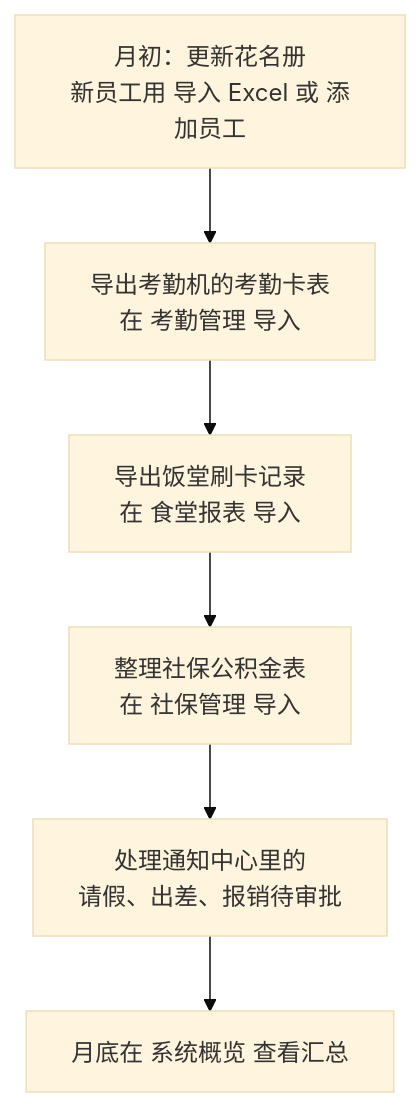
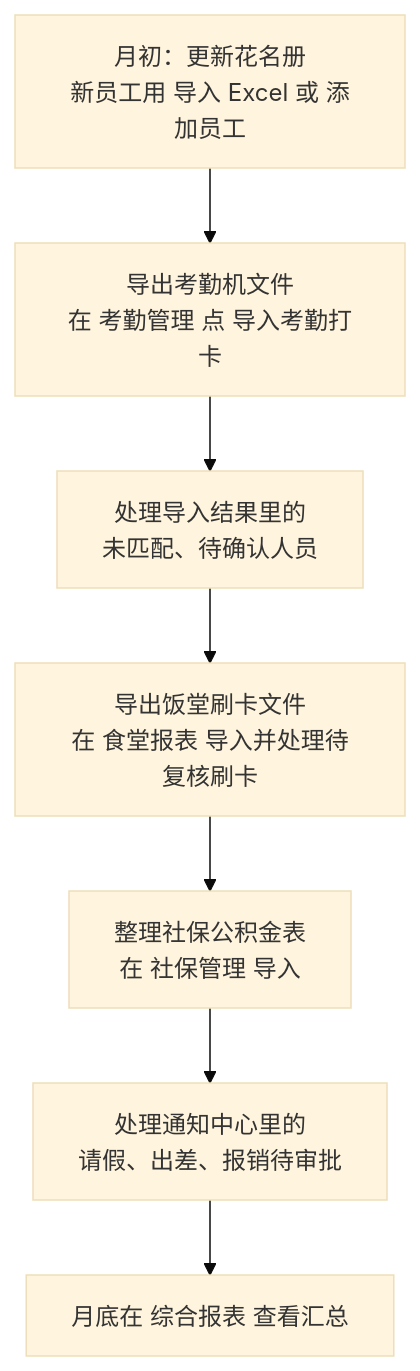
Before and after one commit to YCRenyue/hrsystem: the third of 5 diagrams in docs/user-guide/HR-USER-GUIDE.md, drawn with Mermaid (base theme). The commit also changed other lines of this file and 4 other files, not shown here.

````diff
--- a/docs/user-guide/HR-USER-GUIDE.md
+++ b/docs/user-guide/HR-USER-GUIDE.md
@@ -101,8 +106,9 @@
 ```mermaid
 flowchart TD
-    A[月初：更新花名册<br/>新员工用 导入 Excel 或 添加员工] --> B[导出考勤机的考勤卡表<br/>在 考勤管理 导入]
-    B --> C[导出饭堂刷卡记录<br/>在 食堂报表 导入]
-    C --> D[整理社保公积金表<br/>在 社保管理 导入]
-    D --> E[处理通知中心里的<br/>请假、出差、报销待审批]
-    E --> F[月底在 系统概览 查看汇总]
+    A[月初：更新花名册<br/>新员工用 导入 Excel 或 添加员工] --> B[导出考勤机文件<br/>在 考勤管理 点 导入考勤打卡]
+    B --> C[处理导入结果里的<br/>未匹配、待确认人员]
+    C --> D[导出饭堂刷卡文件<br/>在 食堂报表 导入并处理待复核刷卡]
+    D --> E[整理社保公积金表<br/>在 社保管理 导入]
+    E --> F[处理通知中心里的<br/>请假、出差、报销待审批]
+    F --> G[月底在 综合报表 查看汇总]
 ```
````
